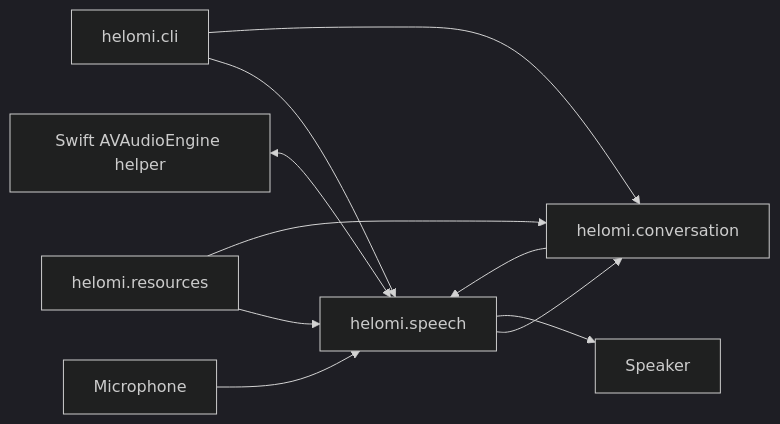
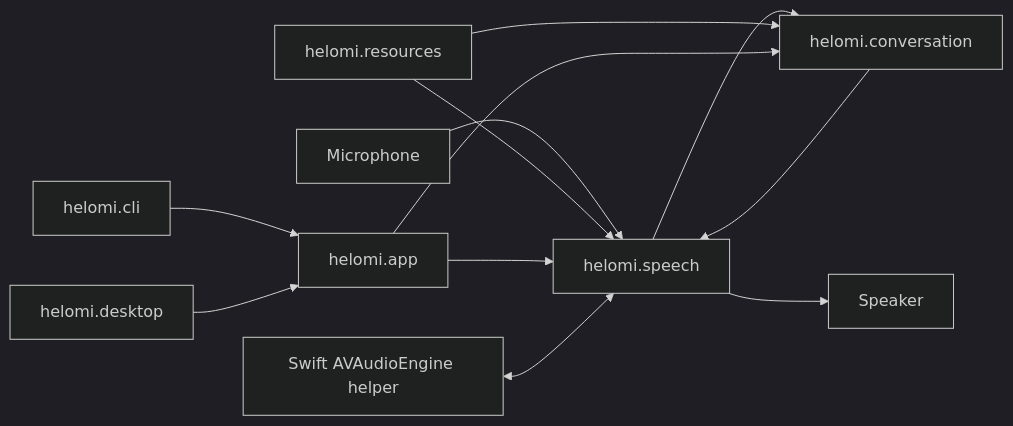
The diagram in README.md (stanislaw-glogowski/helomi-app), drawn with Mermaid (dark theme) before and after one commit. The commit also changed other lines of this file and 32 other files, not shown here.

````diff
--- a/README.md
+++ b/README.md
@@ -69,12 +75,14 @@
 ```mermaid
 flowchart LR
   Mic["Microphone"] --> Speech["helomi.speech"]
   Speech --> Conversation["helomi.conversation"]
   Conversation --> Speech
   Speech --> Speaker["Speaker"]
   Resources["helomi.resources"] --> Speech
   Resources --> Conversation
-  CLI["helomi.cli"] --> Speech
-  CLI --> Conversation
+  App["helomi.app"] --> Speech
+  App --> Conversation
+  CLI["helomi.cli"] --> App
+  Desktop["helomi.desktop"] --> App
   Native["Swift AVAudioEngine helper"] <--> Speech
 ```
````
